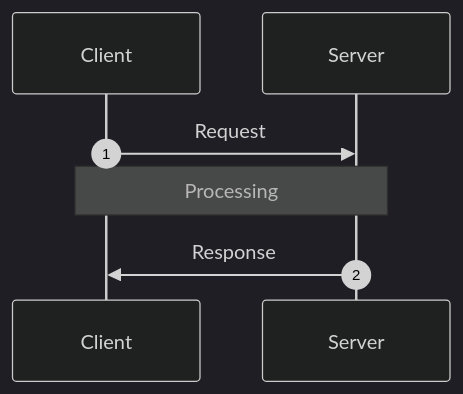
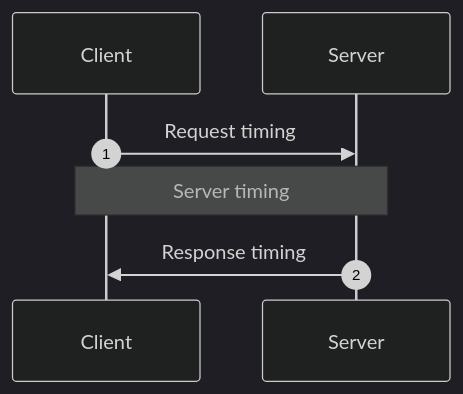
Before and after one commit to reactive/data-client: the diagram in .agents/skills/data-client-rest/references/optimistic-updates.md, drawn with Mermaid (dark theme). The commit also changed other lines of this file and 2 other files, not shown here.

````diff
--- a/.agents/skills/data-client-rest/references/optimistic-updates.md
+++ b/.agents/skills/data-client-rest/references/optimistic-updates.md
@@ -239,9 +240,9 @@
 ```mermaid
 sequenceDiagram
     autonumber
     participant Client
     participant Server
-    Client->>Server: Request
-    Note over Client,Server: Processing
-    Server->>Client: Response
+    Client->>Server: Request timing
+    Note over Client,Server: Server timing
+    Server->>Client: Response timing
 ```
````
